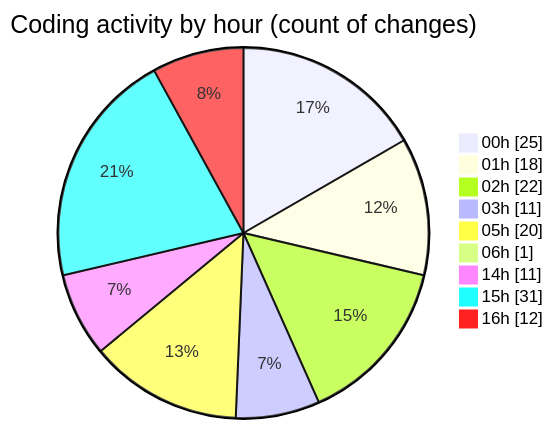
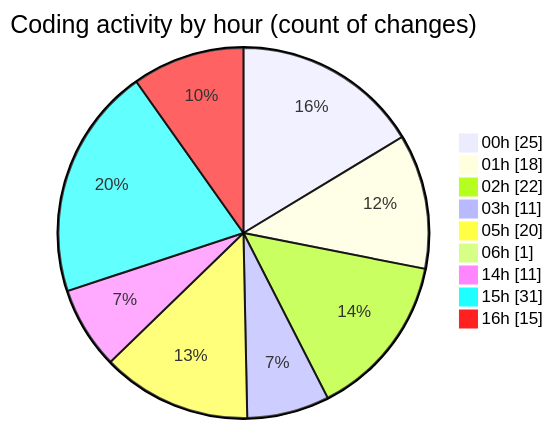
One commit to EIIisD/code-tracking changed the second of 2 diagrams in 2025-07-18/ribbon/README.md. Above: the diagram before and after it, drawn with Mermaid. The commit also changed other lines of this file and 1 other file, not shown here.

````diff
--- a/2025-07-18/ribbon/README.md
+++ b/2025-07-18/ribbon/README.md
@@ -49,13 +50,13 @@
 ```mermaid
 pie showData
 title Coding activity by hour (count of changes)
 "00h" : 25
 "01h" : 18
 "02h" : 22
 "03h" : 11
 "05h" : 20
 "06h" : 1
 "14h" : 11
 "15h" : 31
-"16h" : 12
+"16h" : 15
 ```
````
